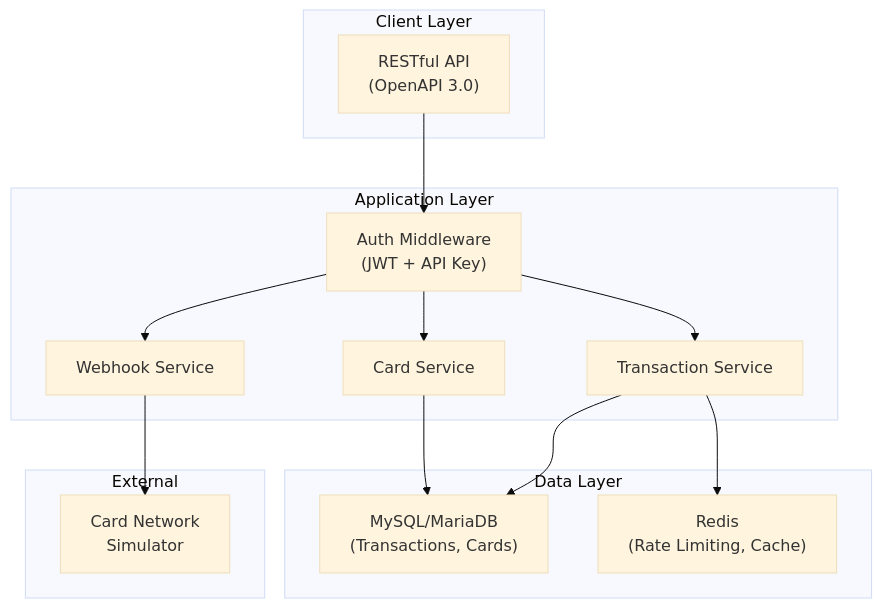
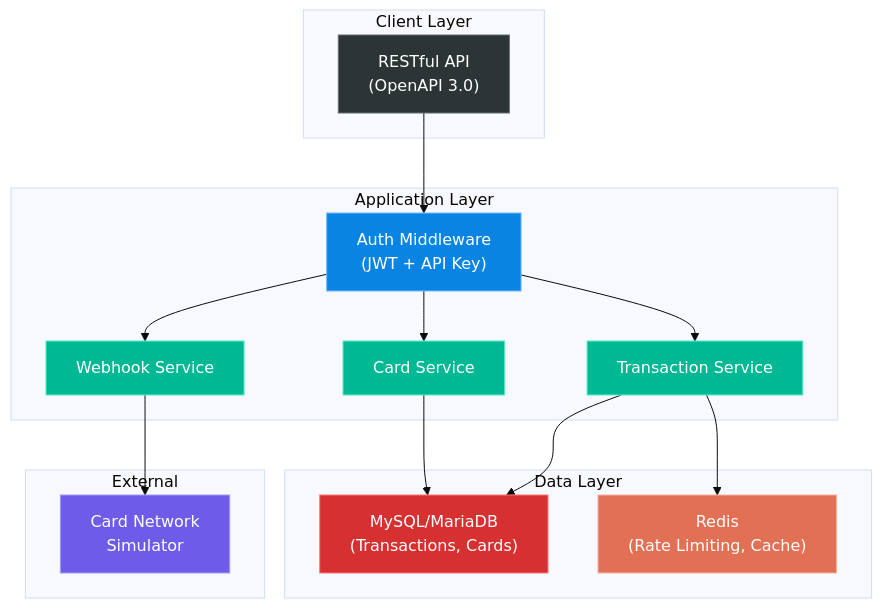
The second of 12 diagrams in content/docs/portfolio-preparation-guide-for-backend-engineer-at-straitsx.md (6066606/u), drawn with Mermaid (base theme) before and after one commit. The commit also changed other lines of this file and 1 other file, not shown here.

````diff
--- a/content/docs/portfolio-preparation-guide-for-backend-engineer-at-straitsx.md
+++ b/content/docs/portfolio-preparation-guide-for-backend-engineer-at-straitsx.md
@@ -140,32 +150,40 @@
 ```mermaid
 graph TB
     subgraph "Client Layer"
         API["RESTful API<br/>(OpenAPI 3.0)"]
     end
 
     subgraph "Application Layer"
         AUTH["Auth Middleware<br/>(JWT + API Key)"]
         CARD["Card Service"]
         TXN["Transaction Service"]
         WEBHOOK["Webhook Service"]
     end
 
     subgraph "Data Layer"
         MYSQL["MySQL/MariaDB<br/>(Transactions, Cards)"]
         REDIS["Redis<br/>(Rate Limiting, Cache)"]
     end
 
     subgraph "External"
         ISSUER["Card Network<br/>Simulator"]
     end
 
     API --> AUTH
     AUTH --> CARD
     AUTH --> TXN
     AUTH --> WEBHOOK
     CARD --> MYSQL
     TXN --> MYSQL
     TXN --> REDIS
     WEBHOOK --> ISSUER
 
+    style API fill:#2d3436,stroke:#636e72,color:#fff
+    style AUTH fill:#0984e3,stroke:#74b9ff,color:#fff
+    style CARD fill:#00b894,stroke:#55efc4,color:#fff
+    style TXN fill:#00b894,stroke:#55efc4,color:#fff
+    style WEBHOOK fill:#00b894,stroke:#55efc4,color:#fff
+    style MYSQL fill:#d63031,stroke:#ff7675,color:#fff
+    style REDIS fill:#e17055,stroke:#fab1a0,color:#fff
+    style ISSUER fill:#6c5ce7,stroke:#a29bfe,color:#fff
 ```
````
